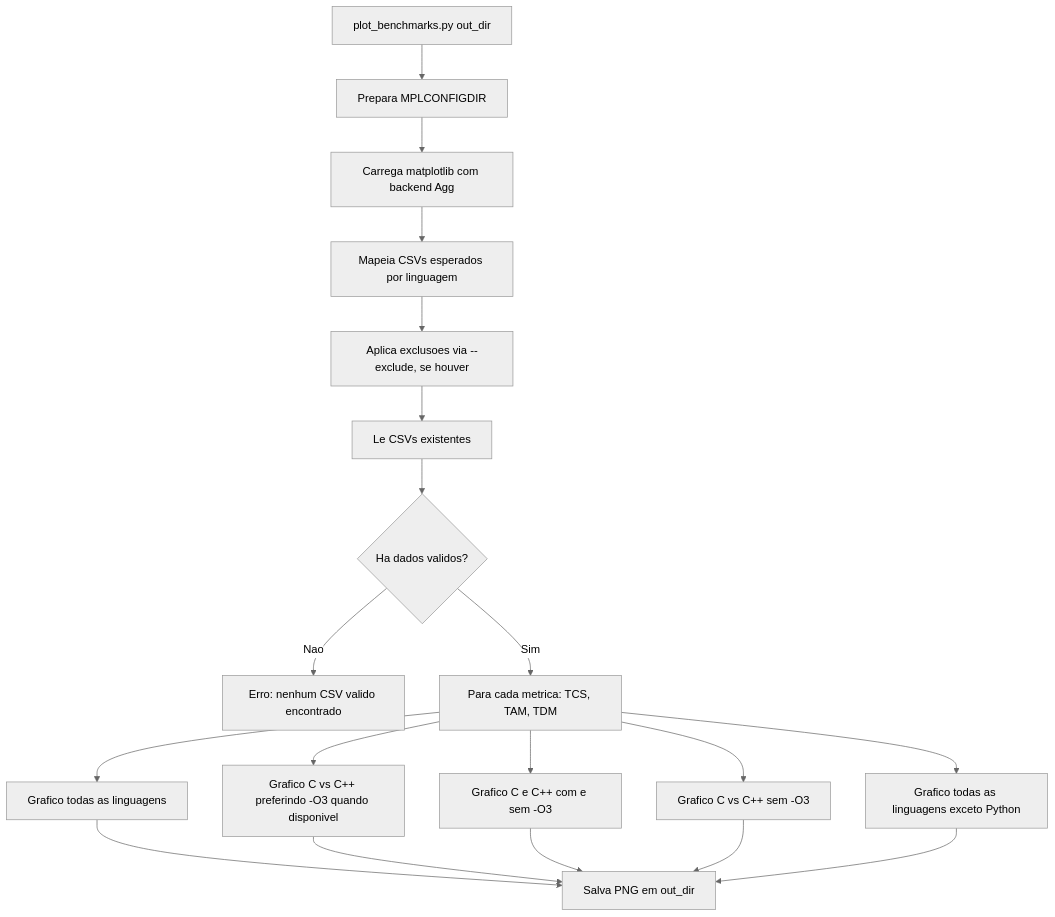
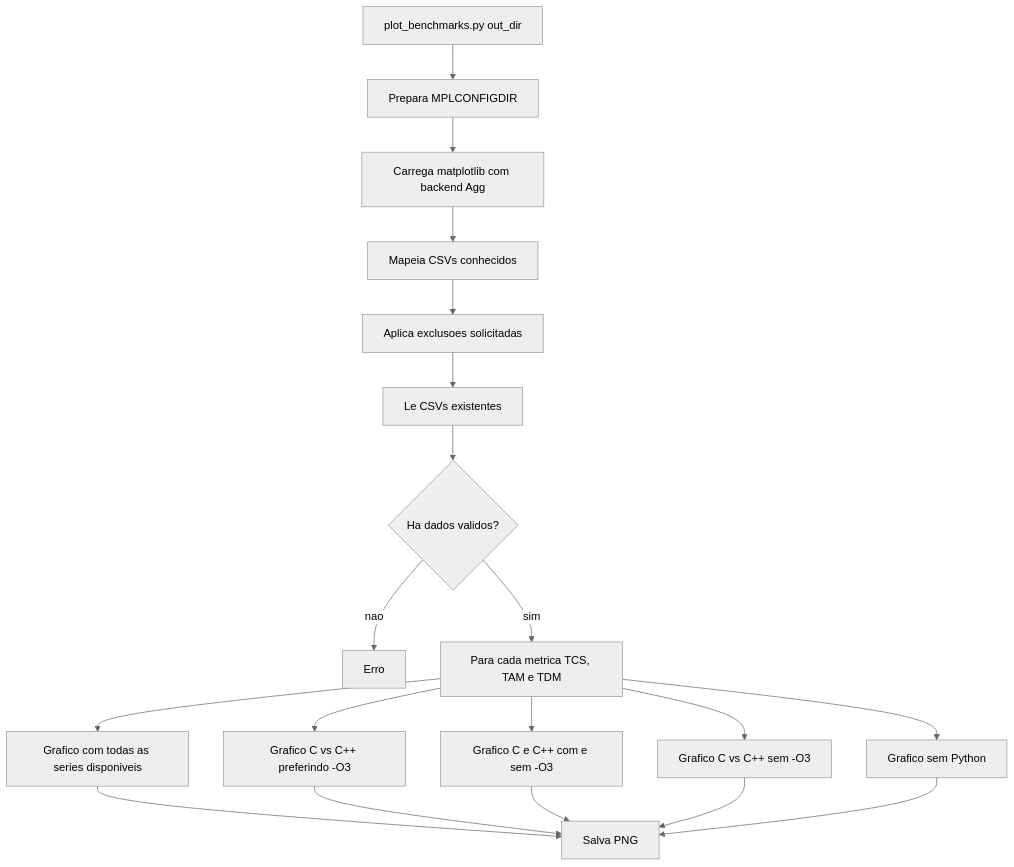
One commit to Lucas-Sperotto/matrix-multiplication-benchmark changed the tenth of 16 diagrams in docs/DIAGRAMS.md. Above: the diagram before and after it, drawn with Mermaid (neutral theme). The commit also changed other lines of this file, not shown here.

Commit message:
docs: corrige diagramas Mermaid e atualiza fluxo de preflight

````diff
--- a/docs/DIAGRAMS.md
+++ b/docs/DIAGRAMS.md
@@ -334,21 +341,21 @@
 ```mermaid
 flowchart TD
-    A[plot_benchmarks.py out_dir] --> B[Prepara MPLCONFIGDIR]
-    B --> C[Carrega matplotlib com backend Agg]
-    C --> D[Mapeia CSVs esperados por linguagem]
-    D --> E[Aplica exclusoes via --exclude, se houver]
-    E --> F[Le CSVs existentes]
-    F --> G{Ha dados validos?}
-    G -- Nao --> X[Erro: nenhum CSV valido encontrado]
-    G -- Sim --> H[Para cada metrica: TCS, TAM, TDM]
-    H --> I[Grafico todas as linguagens]
-    H --> J[Grafico C vs C++ preferindo -O3 quando disponivel]
-    H --> K[Grafico C e C++ com e sem -O3]
-    H --> L[Grafico C vs C++ sem -O3]
-    H --> M[Grafico todas as linguagens exceto Python]
-    I --> N[Salva PNG em out_dir]
+    A["plot_benchmarks.py out_dir"] --> B["Prepara MPLCONFIGDIR"]
+    B --> C["Carrega matplotlib com backend Agg"]
+    C --> D["Mapeia CSVs conhecidos"]
+    D --> E["Aplica exclusoes solicitadas"]
+    E --> F["Le CSVs existentes"]
+    F --> G{"Ha dados validos?"}
+    G -- nao --> X["Erro"]
+    G -- sim --> H["Para cada metrica TCS, TAM e TDM"]
+    H --> I["Grafico com todas as series disponiveis"]
+    H --> J["Grafico C vs C++ preferindo -O3"]
+    H --> K["Grafico C e C++ com e sem -O3"]
+    H --> L["Grafico C vs C++ sem -O3"]
+    H --> M["Grafico sem Python"]
+    I --> N["Salva PNG"]
     J --> N
     K --> N
     L --> N
     M --> N
 ```
````
